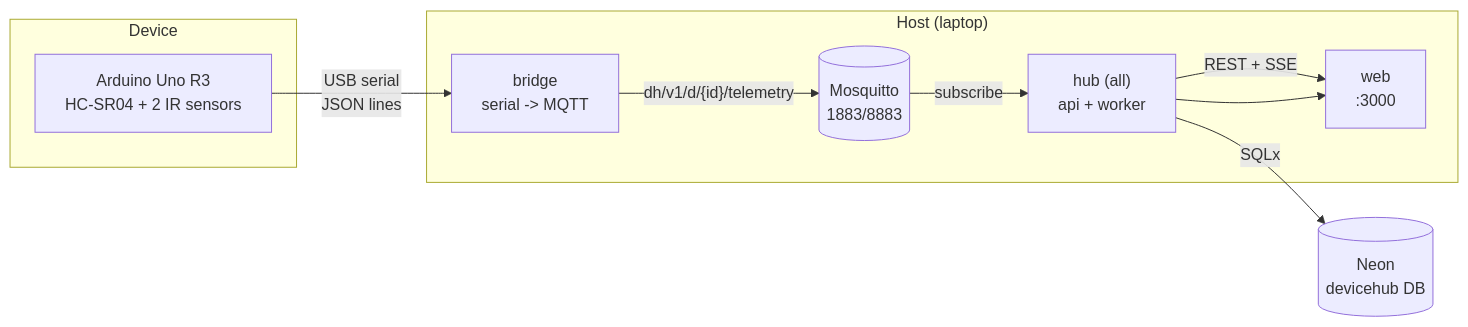
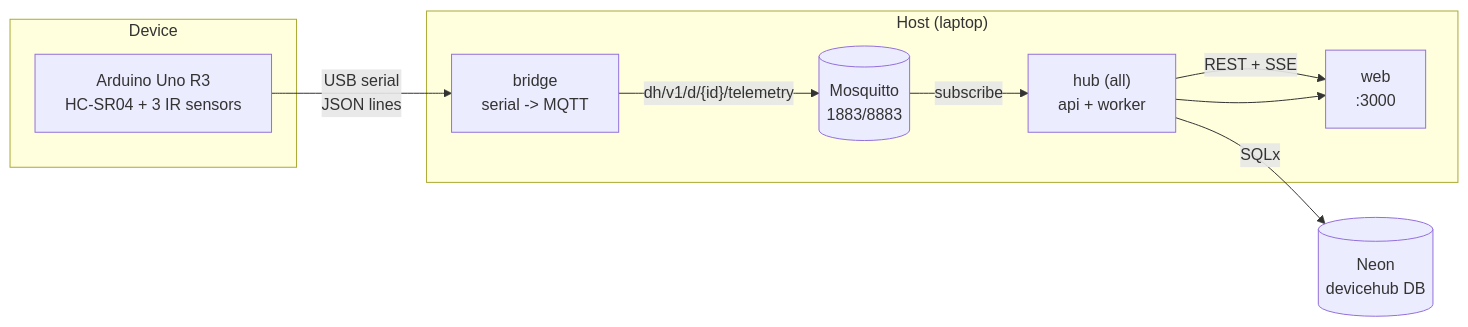
The diagram in docs/DeviceHub/PHASE_2_PLAN.md (AmitxParmar/agentic-knowledge-base), drawn with Mermaid before and after one commit. The commit also changed other lines of this file and 5 other files, not shown here.

````diff
--- a/docs/DeviceHub/PHASE_2_PLAN.md
+++ b/docs/DeviceHub/PHASE_2_PLAN.md
@@ -94,20 +94,20 @@
 ```mermaid
 flowchart LR
   subgraph Device
-    N["Arduino Uno R3<br/>HC-SR04 + 2 IR sensors"]
+    N["Arduino Uno R3<br/>HC-SR04 + 3 IR sensors"]
   end
   subgraph Laptop["Host (laptop)"]
     B["bridge<br/>serial -> MQTT"]
     M[("Mosquitto<br/>1883/8883")]
     H["hub (all)<br/>api + worker"]
     W["web<br/>:3000"]
   end
   PG[("Neon<br/>devicehub DB")]
 
   N -- "USB serial<br/>JSON lines" --> B
   B -- "dh/v1/d/{id}/telemetry" --> M
   M -- "subscribe" --> H
   H -- "SQLx" --> PG
   H -- "REST + SSE" --> W
   H --> W
 ```
````
